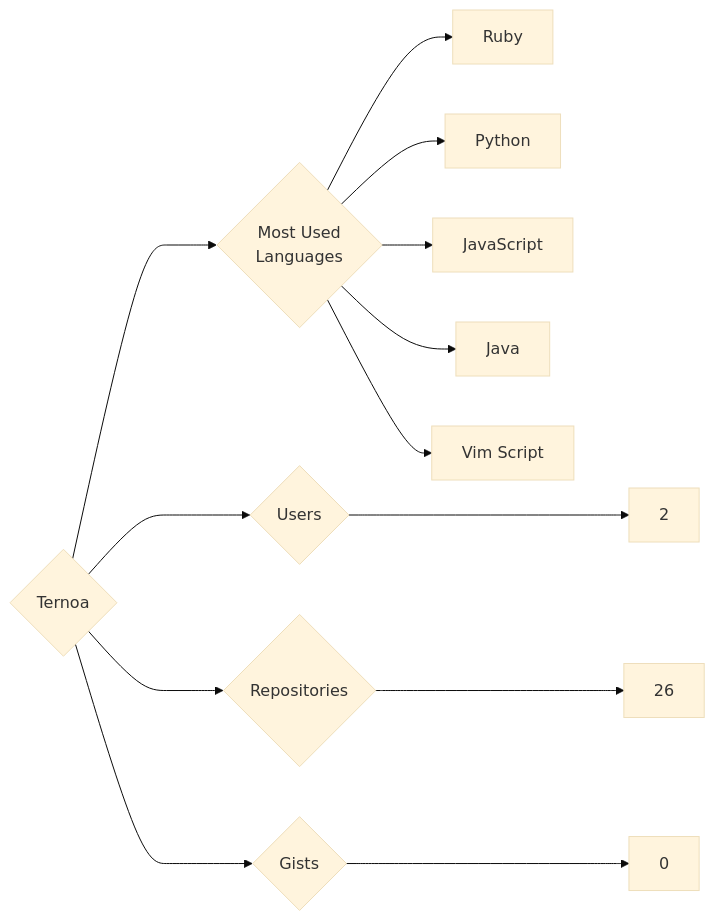
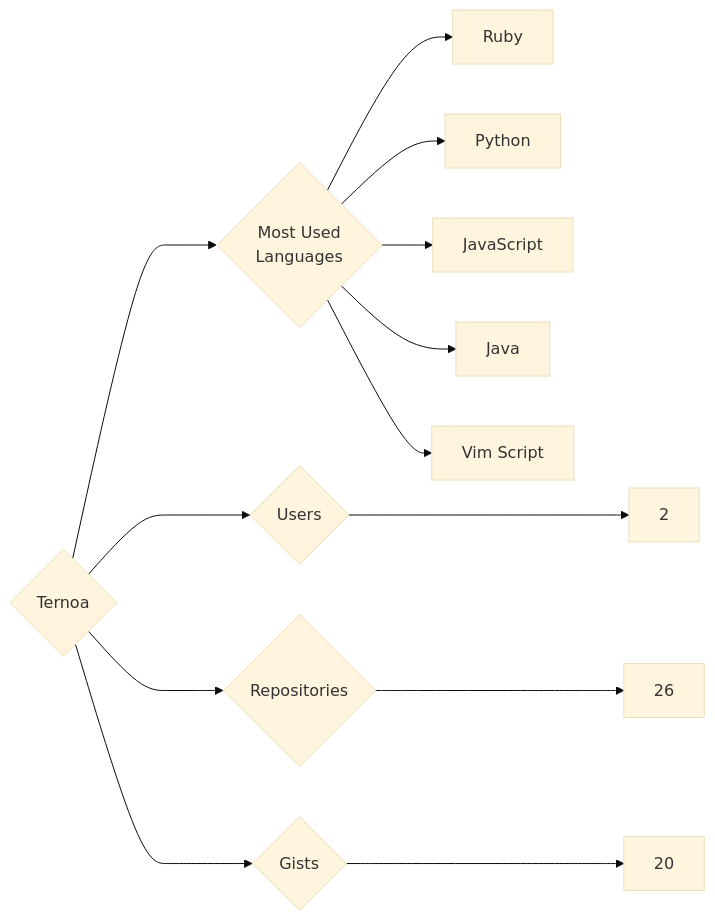
Before and after one commit to trickest/insiders: the diagram in targets/Ternoa/README.md, drawn with Mermaid (base theme). The commit also changed 1496 other files, not shown here.

````diff
--- a/targets/Ternoa/README.md
+++ b/targets/Ternoa/README.md
@@ -3,13 +3,13 @@
 ```mermaid
 graph LR
 COMPANY_NAME{Ternoa}
 COMPANY_NAME ---> U{Users} ---> UN[2]
 COMPANY_NAME ---> R{Repositories} ---> RN[26]
-COMPANY_NAME ---> G{Gists} ---> GN[0]
+COMPANY_NAME ---> G{Gists} ---> GN[20]
 COMPANY_NAME ---> ML{Most Used<br>Languages}
 ML --> Ruby[Ruby]
 ML --> Python[Python]
 ML --> JavaScript[JavaScript]
 ML --> Java[Java]
 ML --> Vim_Script[Vim Script]
 ```
````
